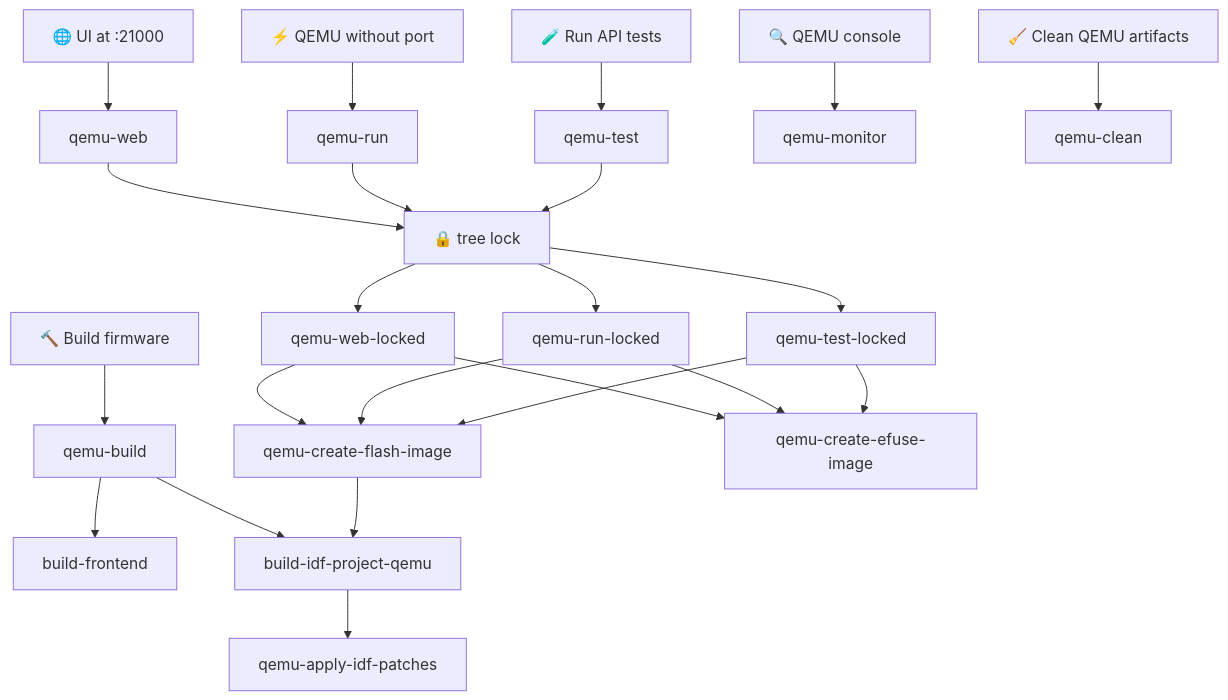
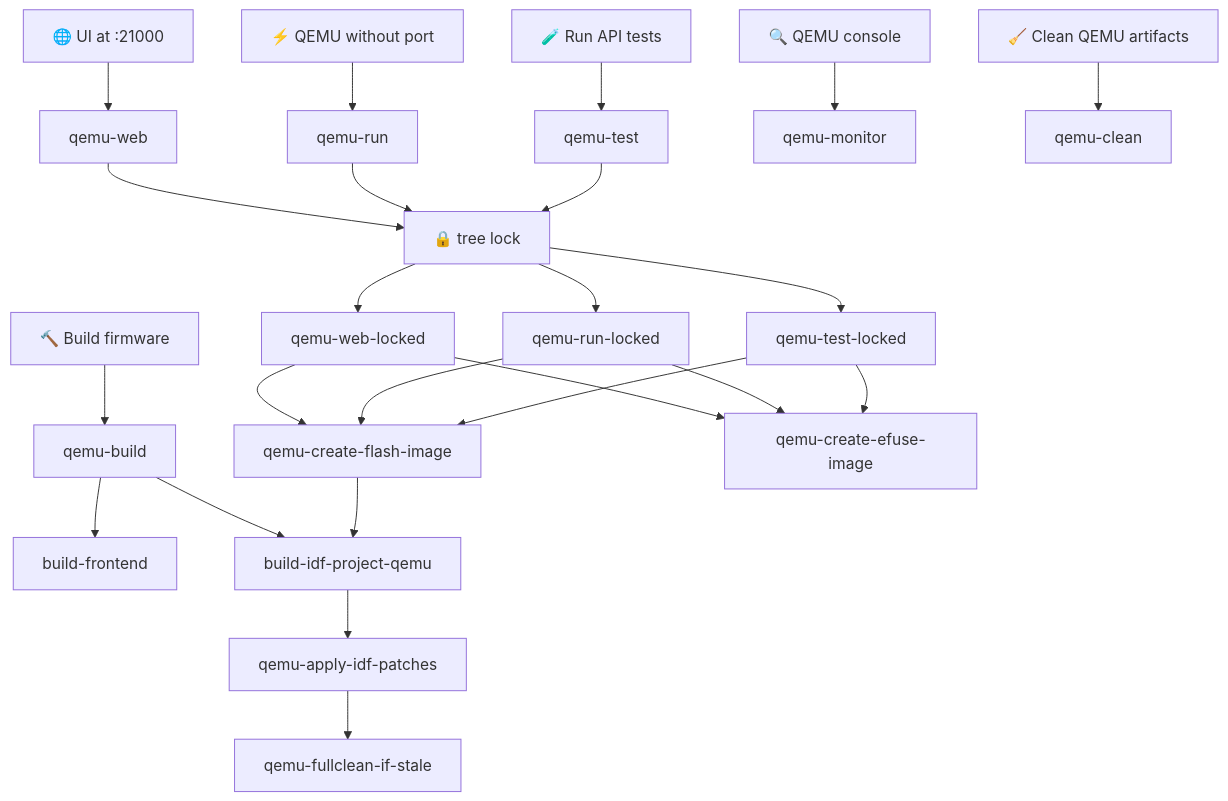
The diagram in README_QEMU.md (wirenboard/wb-mge), drawn with Mermaid before and after one commit. The commit also changed other lines of this file and 5 other files, not shown here.

````diff
--- a/README_QEMU.md
+++ b/README_QEMU.md
@@ -56,28 +56,29 @@
 ```mermaid
 graph TD
     B["🔨 Build firmware"] --> qemu-build
     W["🌐 UI at :21000"] --> qemu-web
     T["🧪 Run API tests"] --> qemu-test
     R["⚡ QEMU without port"] --> qemu-run
     M["🔍 QEMU console"] --> qemu-monitor
     C["🧹 Clean QEMU artifacts"] --> qemu-clean
 
     qemu-build --> build-frontend
     qemu-build --> build-idf-project-qemu
 
     qemu-web --> L1["🔒 tree lock"]
     qemu-run --> L1
     qemu-test --> L1
     L1 --> qemu-web-locked
     L1 --> qemu-run-locked
     L1 --> qemu-test-locked
 
     qemu-web-locked --> qemu-create-flash-image
     qemu-web-locked --> qemu-create-efuse-image
     qemu-run-locked --> qemu-create-flash-image
     qemu-run-locked --> qemu-create-efuse-image
     qemu-test-locked --> qemu-create-flash-image
     qemu-test-locked --> qemu-create-efuse-image
     qemu-create-flash-image --> build-idf-project-qemu
     build-idf-project-qemu --> qemu-apply-idf-patches
+    qemu-apply-idf-patches --> qemu-fullclean-if-stale
 ```
````
